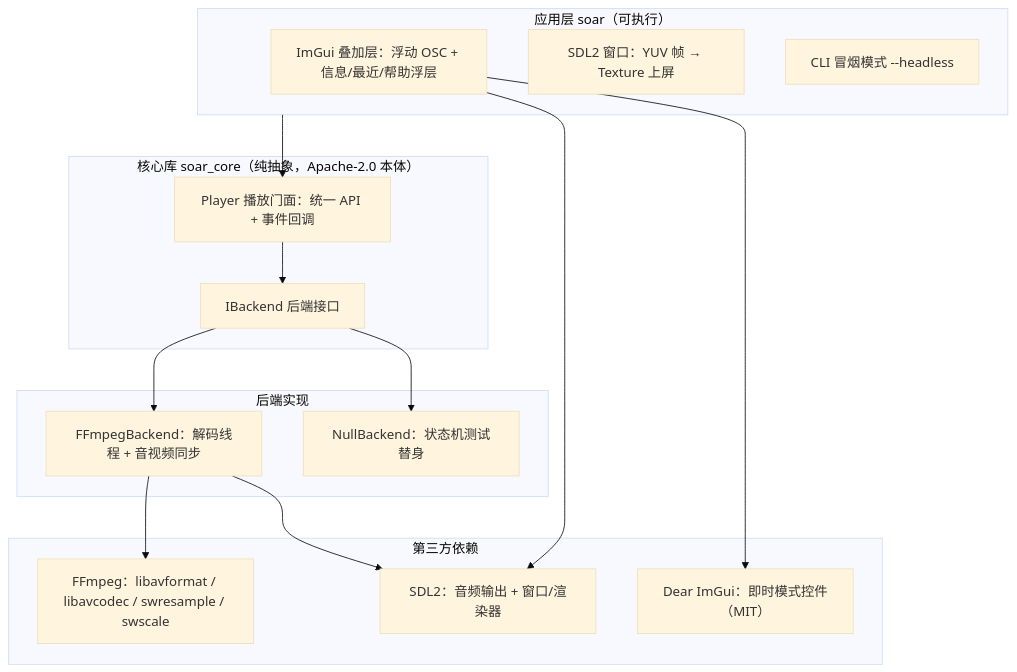
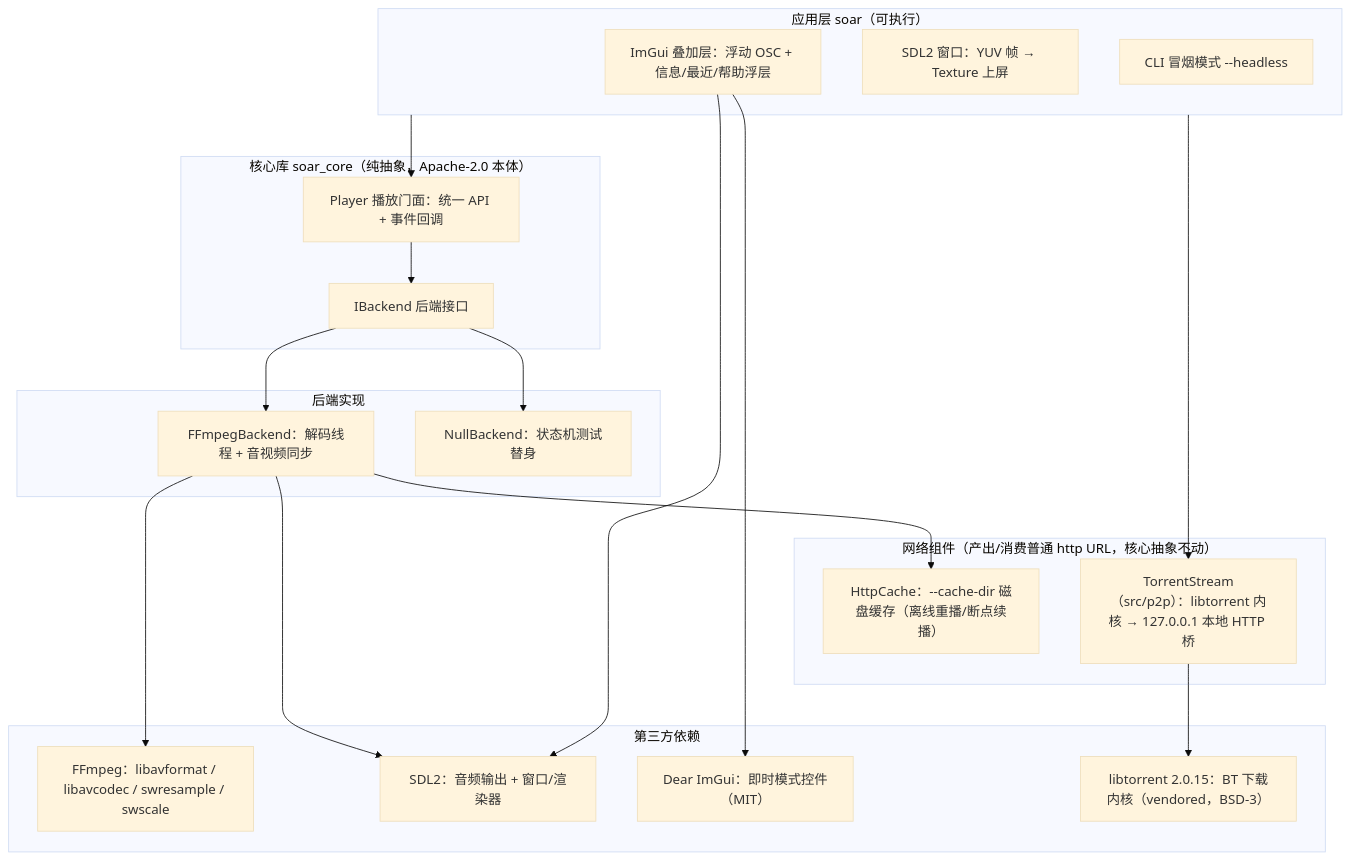
The diagram in README.md (cuihairu/soar), drawn with Mermaid (base theme) before and after one commit. The commit also changed other lines of this file and 7 other files, not shown here.

````diff
--- a/README.md
+++ b/README.md
@@ -51,32 +55,41 @@
 ```mermaid
 flowchart TB
     subgraph APP["应用层 soar（可执行）"]
         UI["ImGui 叠加层：浮动 OSC + 信息/最近/帮助浮层"]
         WIN["SDL2 窗口：YUV 帧 → Texture 上屏"]
         HEADLESS["CLI 冒烟模式 --headless"]
     end
 
     subgraph CORE["核心库 soar_core（纯抽象，Apache-2.0 本体）"]
         PLAYER["Player 播放门面：统一 API + 事件回调"]
         IBACKEND["IBackend 后端接口"]
     end
 
     subgraph BACKENDS["后端实现"]
         FFB["FFmpegBackend：解码线程 + 音视频同步"]
         NULLB["NullBackend：状态机测试替身"]
     end
 
+    subgraph NET["网络组件（产出/消费普通 http URL，核心抽象不动）"]
+        CACHE["HttpCache：--cache-dir 磁盘缓存（离线重播/断点续播）"]
+        P2P["TorrentStream（src/p2p）：libtorrent 内核 → 127.0.0.1 本地 HTTP 桥"]
+    end
+
     subgraph LIBS["第三方依赖"]
         FFMPEG["FFmpeg：libavformat / libavcodec / swresample / swscale"]
         SDL2AUDIO["SDL2：音频输出 + 窗口/渲染器"]
         IMGUI["Dear ImGui：即时模式控件（MIT）"]
+        LIBTORRENT["libtorrent 2.0.15：BT 下载内核（vendored，BSD-3）"]
     end
 
     APP --> PLAYER --> IBACKEND
     IBACKEND --> FFB
     IBACKEND --> NULLB
+    APP --> P2P
+    P2P --> LIBTORRENT
+    FFB --> CACHE
     FFB --> FFMPEG
     FFB --> SDL2AUDIO
     UI --> IMGUI
     UI --> SDL2AUDIO
 ```
````
